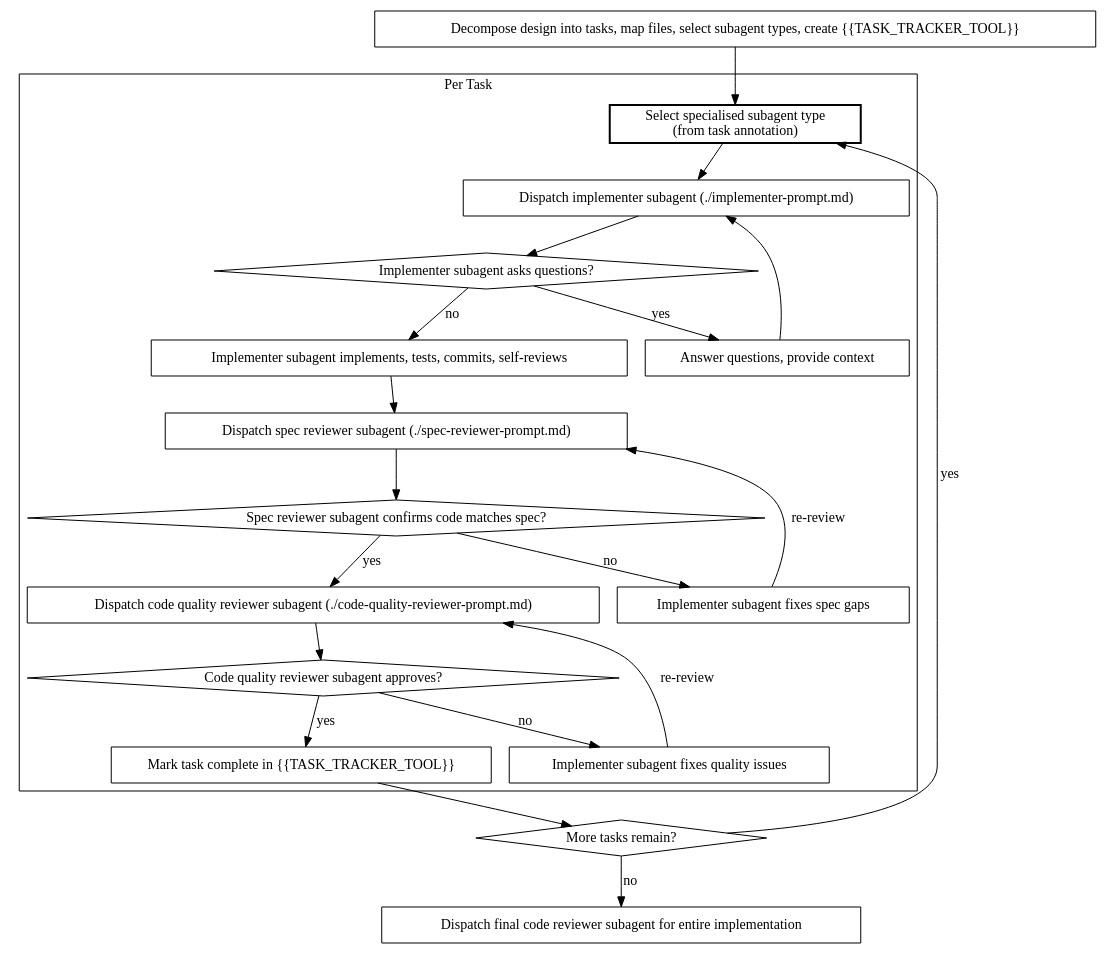
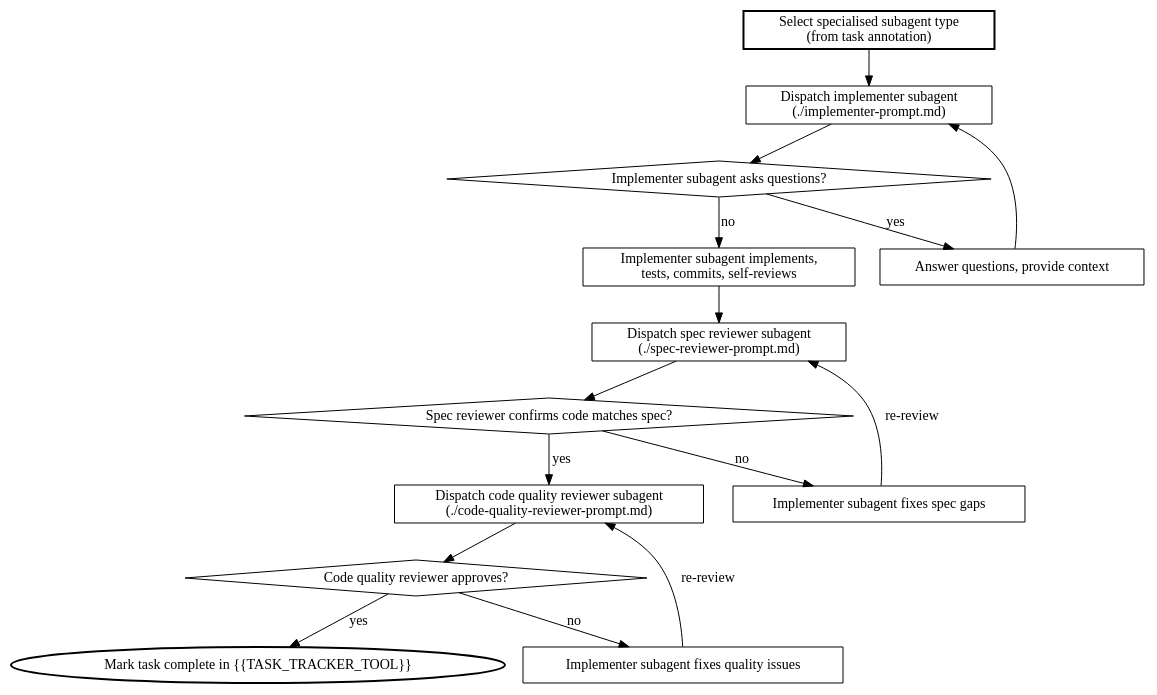
Before and after one commit to philipobenito/dot: the fourth of 4 diagrams in ai/skills/subagent-driven-development/SKILL.md, drawn with Graphviz. The commit also changed other lines of this file and 11 other files, not shown here.

````diff
--- a/ai/skills/subagent-driven-development/SKILL.md
+++ b/ai/skills/subagent-driven-development/SKILL.md
@@ -211,44 +273,33 @@
 ```dot
-digraph process {
+digraph per_task_pipeline {
     rankdir=TB;
 
-    subgraph cluster_per_task {
-        label="Per Task";
-        "Select specialised subagent type\n(from task annotation)" [shape=box, style=bold];
-        "Dispatch implementer subagent (./implementer-prompt.md)" [shape=box];
-        "Implementer subagent asks questions?" [shape=diamond];
-        "Answer questions, provide context" [shape=box];
-        "Implementer subagent implements, tests, commits, self-reviews" [shape=box];
-        "Dispatch spec reviewer subagent (./spec-reviewer-prompt.md)" [shape=box];
-        "Spec reviewer subagent confirms code matches spec?" [shape=diamond];
-        "Implementer subagent fixes spec gaps" [shape=box];
-        "Dispatch code quality reviewer subagent (./code-quality-reviewer-prompt.md)" [shape=box];
-        "Code quality reviewer subagent approves?" [shape=diamond];
-        "Implementer subagent fixes quality issues" [shape=box];
-        "Mark task complete in {{TASK_TRACKER_TOOL}}" [shape=box];
-    }
+    "Select specialised subagent type\n(from task annotation)" [shape=box, style=bold];
+    "Dispatch implementer subagent\n(./implementer-prompt.md)" [shape=box];
+    "Implementer subagent asks questions?" [shape=diamond];
+    "Answer questions, provide context" [shape=box];
+    "Implementer subagent implements,\ntests, commits, self-reviews" [shape=box];
+    "Dispatch spec reviewer subagent\n(./spec-reviewer-prompt.md)" [shape=box];
+    "Spec reviewer confirms code matches spec?" [shape=diamond];
+    "Implementer subagent fixes spec gaps" [shape=box];
+    "Dispatch code quality reviewer subagent\n(./code-quality-reviewer-prompt.md)" [shape=box];
+    "Code quality reviewer approves?" [shape=diamond];
+    "Implementer subagent fixes quality issues" [shape=box];
+    "Mark task complete in {{TASK_TRACKER_TOOL}}" [style=bold];
 
-    "Decompose design into tasks, map files, select subagent types, create {{TASK_TRACKER_TOOL}}" [shape=box];
-    "More tasks remain?" [shape=diamond];
-    "Dispatch final code reviewer subagent for entire implementation" [shape=box];
-
-    "Decompose design into tasks, map files, select subagent types, create {{TASK_TRACKER_TOOL}}" -> "Select specialised subagent type\n(from task annotation)";
-    "Select specialised subagent type\n(from task annotation)" -> "Dispatch implementer subagent (./implementer-prompt.md)";
-    "Dispatch implementer subagent (./implementer-prompt.md)" -> "Implementer subagent asks questions?";
+    "Select specialised subagent type\n(from task annotation)" -> "Dispatch implementer subagent\n(./implementer-prompt.md)";
+    "Dispatch implementer subagent\n(./implementer-prompt.md)" -> "Implementer subagent asks questions?";
     "Implementer subagent asks questions?" -> "Answer questions, provide context" [label="yes"];
-    "Answer questions, provide context" -> "Dispatch implementer subagent (./implementer-prompt.md)";
-    "Implementer subagent asks questions?" -> "Implementer subagent implements, tests, commits, self-reviews" [label="no"];
-    "Implementer subagent implements, tests, commits, self-reviews" -> "Dispatch spec reviewer subagent (./spec-reviewer-prompt.md)";
-    "Dispatch spec reviewer subagent (./spec-reviewer-prompt.md)" -> "Spec reviewer subagent confirms code matches spec?";
-    "Spec reviewer subagent confirms code matches spec?" -> "Implementer subagent fixes spec gaps" [label="no"];
-    "Implementer subagent fixes spec gaps" -> "Dispatch spec reviewer subagent (./spec-reviewer-prompt.md)" [label="re-review"];
-    "Spec reviewer subagent confirms code matches spec?" -> "Dispatch code quality reviewer subagent (./code-quality-reviewer-prompt.md)" [label="yes"];
-    "Dispatch code quality reviewer subagent (./code-quality-reviewer-prompt.md)" -> "Code quality reviewer subagent approves?";
-    "Code quality reviewer subagent approves?" -> "Implementer subagent fixes quality issues" [label="no"];
-    "Implementer subagent fixes quality issues" -> "Dispatch code quality reviewer subagent (./code-quality-reviewer-prompt.md)" [label="re-review"];
-    "Code quality reviewer subagent approves?" -> "Mark task complete in {{TASK_TRACKER_TOOL}}" [label="yes"];
-    "Mark task complete in {{TASK_TRACKER_TOOL}}" -> "More tasks remain?";
-    "More tasks remain?" -> "Select specialised subagent type\n(from task annotation)" [label="yes"];
-    "More tasks remain?" -> "Dispatch final code reviewer subagent for entire implementation" [label="no"];
+    "Answer questions, provide context" -> "Dispatch implementer subagent\n(./implementer-prompt.md)";
+    "Implementer subagent asks questions?" -> "Implementer subagent implements,\ntests, commits, self-reviews" [label="no"];
+    "Implementer subagent implements,\ntests, commits, self-reviews" -> "Dispatch spec reviewer subagent\n(./spec-reviewer-prompt.md)";
+    "Dispatch spec reviewer subagent\n(./spec-reviewer-prompt.md)" -> "Spec reviewer confirms code matches spec?";
+    "Spec reviewer confirms code matches spec?" -> "Implementer subagent fixes spec gaps" [label="no"];
+    "Implementer subagent fixes spec gaps" -> "Dispatch spec reviewer subagent\n(./spec-reviewer-prompt.md)" [label="re-review"];
+    "Spec reviewer confirms code matches spec?" -> "Dispatch code quality reviewer subagent\n(./code-quality-reviewer-prompt.md)" [label="yes"];
+    "Dispatch code quality reviewer subagent\n(./code-quality-reviewer-prompt.md)" -> "Code quality reviewer approves?";
+    "Code quality reviewer approves?" -> "Implementer subagent fixes quality issues" [label="no"];
+    "Implementer subagent fixes quality issues" -> "Dispatch code quality reviewer subagent\n(./code-quality-reviewer-prompt.md)" [label="re-review"];
+    "Code quality reviewer approves?" -> "Mark task complete in {{TASK_TRACKER_TOOL}}" [label="yes"];
 }
 ```
````
